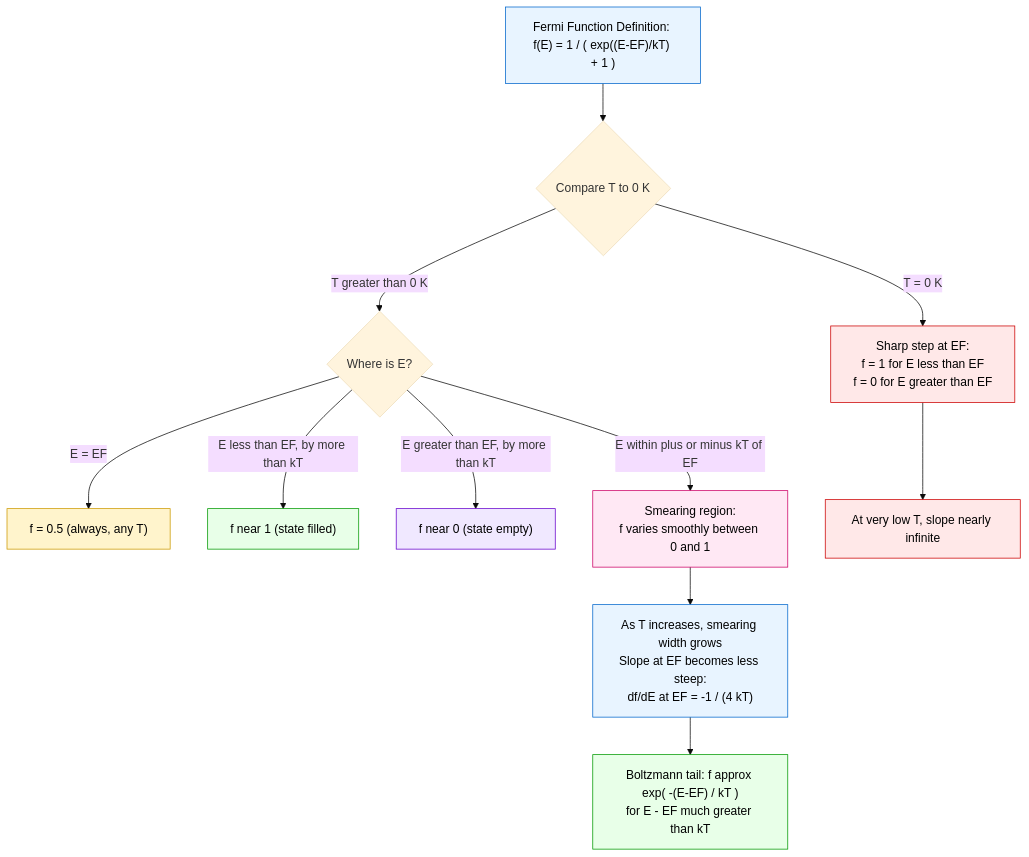
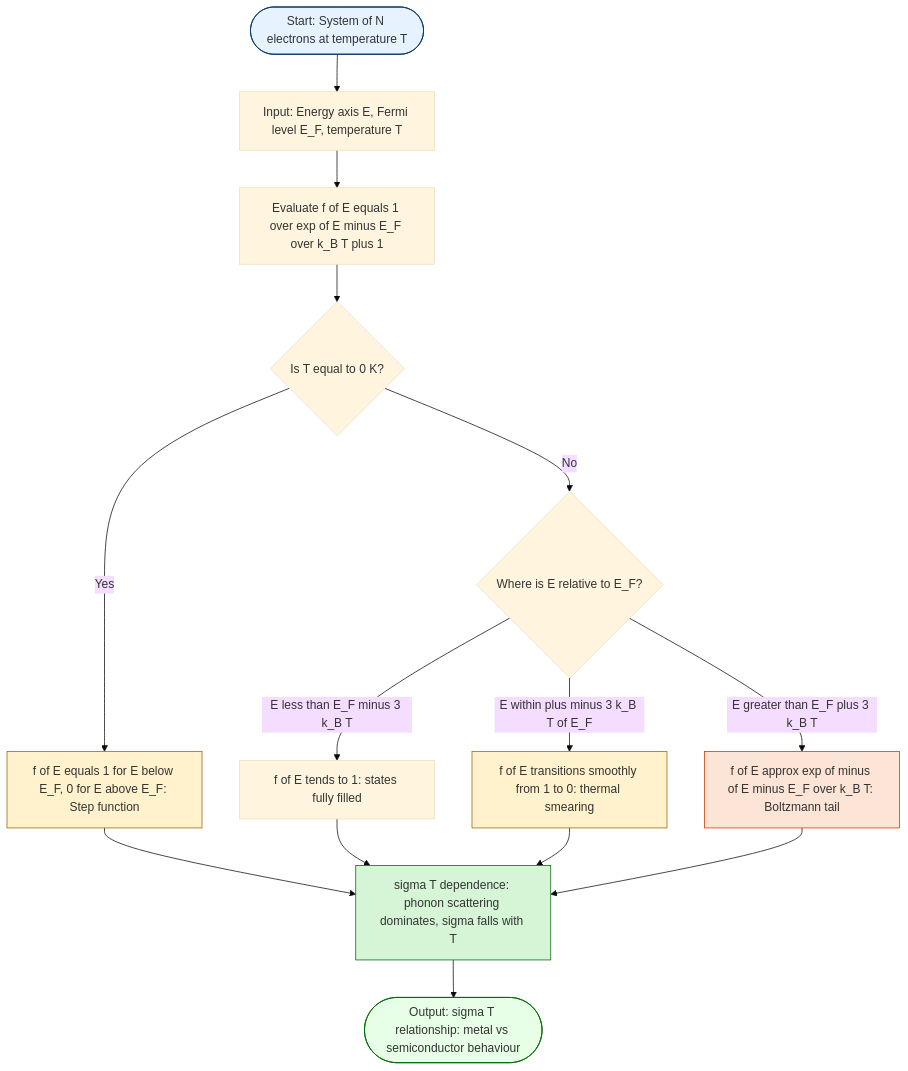
The second of 3 diagrams in public/notes/computer-science-and-engineering/semester-1/gapht121-physics-for-information-science/01-module-1-electrical-conductivity/variation-of-fermi-function-with-temperature/notes.md (vishnuu-kr/ktunode), drawn with Mermaid (base theme) before and after one commit. The commit also changed other lines of this file and 4829 other files, not shown here.

````diff
--- a/public/notes/computer-science-and-engineering/semester-1/gapht121-physics-for-information-science/01-module-1-electrical-conductivity/variation-of-fermi-function-with-temperature/notes.md
+++ b/public/notes/computer-science-and-engineering/semester-1/gapht121-physics-for-information-science/01-module-1-electrical-conductivity/variation-of-fermi-function-with-temperature/notes.md
@@ -344,22 +424,23 @@
 ```mermaid
 flowchart TD
-    A["Fermi Function Definition: f(E) = 1 / ( exp((E-EF)/kT) + 1 )"] --> B{"Compare T to 0 K"}
-    B -- "T = 0 K" --> C["Sharp step at EF:<br/>f = 1 for E less than EF<br/>f = 0 for E greater than EF"]
-    B -- "T greater than 0 K" --> D{"Where is E?"}
-    D -- "E = EF" --> E["f = 0.5  (always, any T)"]
-    D -- "E less than EF, by more than kT" --> F["f near 1  (state filled)"]
-    D -- "E greater than EF, by more than kT" --> G["f near 0  (state empty)"]
-    D -- "E within plus or minus kT of EF" --> H["Smearing region:<br/>f varies smoothly between 0 and 1"]
-    H --> I["As T increases, smearing width grows<br/>Slope at EF becomes less steep:<br/>df/dE at EF = -1 / (4 kT)"]
-    C --> J["At very low T, slope nearly infinite"]
-    I --> K["Boltzmann tail: f approx exp( -(E-EF) / kT )<br/>for E - EF much greater than kT"]
-    style A fill:#e8f4ff,stroke:#0066cc,color:#000
-    style C fill:#ffe8e8,stroke:#cc0000,color:#000
-    style E fill:#fff4cc,stroke:#cc9900,color:#000
-    style F fill:#e8ffe8,stroke:#009900,color:#000
-    style G fill:#f0e8ff,stroke:#6600cc,color:#000
-    style H fill:#ffe8f4,stroke:#cc0066,color:#000
-    style I fill:#e8f4ff,stroke:#0066cc,color:#000
-    style J fill:#ffe8e8,stroke:#cc0000,color:#000
-    style K fill:#e8ffe8,stroke:#009900,color:#000
+    Start(["Start: System of N electrons at temperature T"]) --> Input["Input: Energy axis E, Fermi level E_F, temperature T"]
+    Input --> Eval["Evaluate f of E equals 1 over exp of E minus E_F over k_B T plus 1"]
+    Eval --> Branch1{"Is T equal to 0 K?"}
+    Branch1 -- Yes --> Step["f of E equals 1 for E below E_F, 0 for E above E_F: Step function"]
+    Branch1 -- No --> Region{"Where is E relative to E_F?"}
+    Region -- "E less than E_F minus 3 k_B T" --> Full["f of E tends to 1: states fully filled"]
+    Region -- "E within plus minus 3 k_B T of E_F" --> Smooth["f of E transitions smoothly from 1 to 0: thermal smearing"]
+    Region -- "E greater than E_F plus 3 k_B T" --> Boltzmann["f of E approx exp of minus of E minus E_F over k_B T: Boltzmann tail"]
+    Step --> Conductivity["sigma T dependence: phonon scattering dominates, sigma falls with T"]
+    Full --> Conductivity
+    Smooth --> Conductivity
+    Boltzmann --> Conductivity
+    Conductivity --> End(["Output: sigma T relationship: metal vs semiconductor behaviour"])
+
+    style Start fill:#e6f3ff,stroke:#003366
+    style End fill:#e6ffe6,stroke:#006600
+    style Step fill:#fff2cc,stroke:#996600
+    style Smooth fill:#fff2cc,stroke:#996600
+    style Boltzmann fill:#fce4d6,stroke:#cc3300
+    style Conductivity fill:#d6f5d6,stroke:#006600
 ```
````
